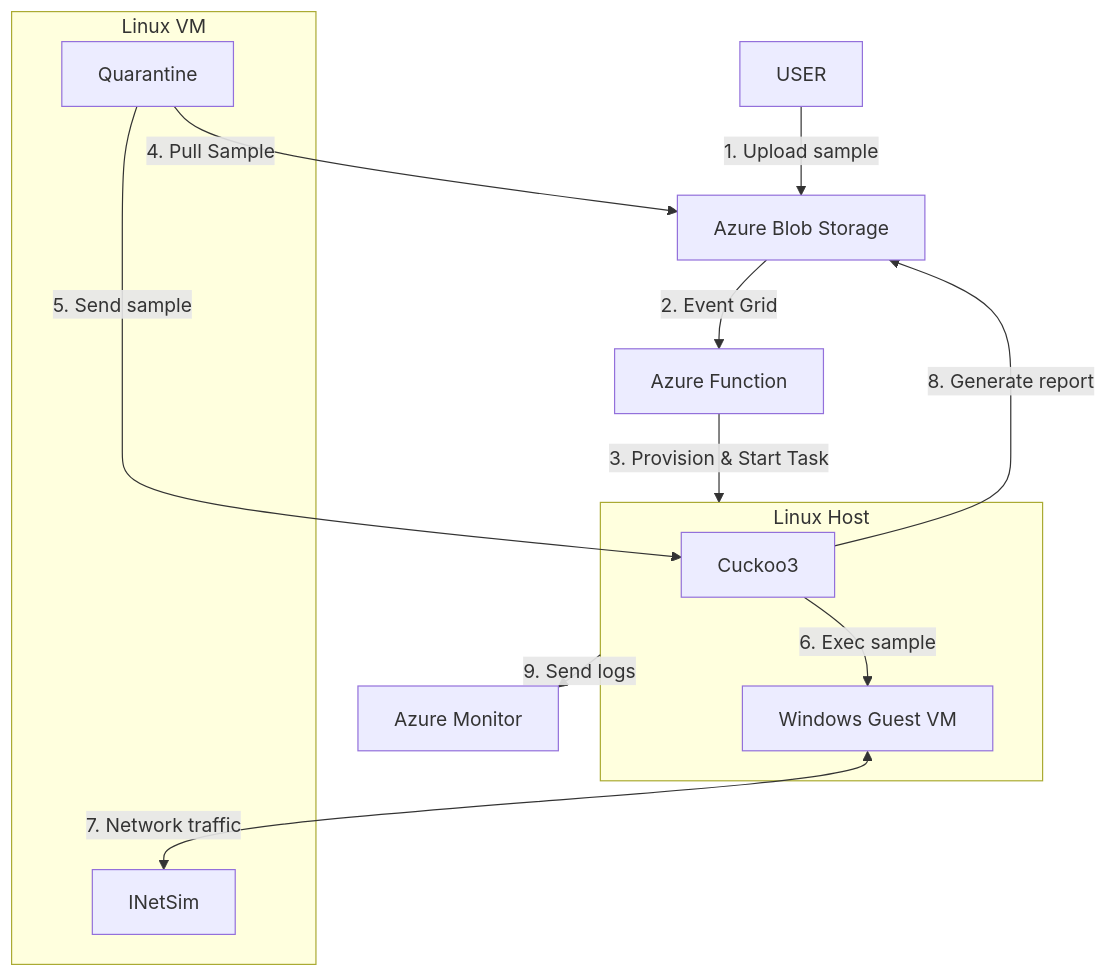
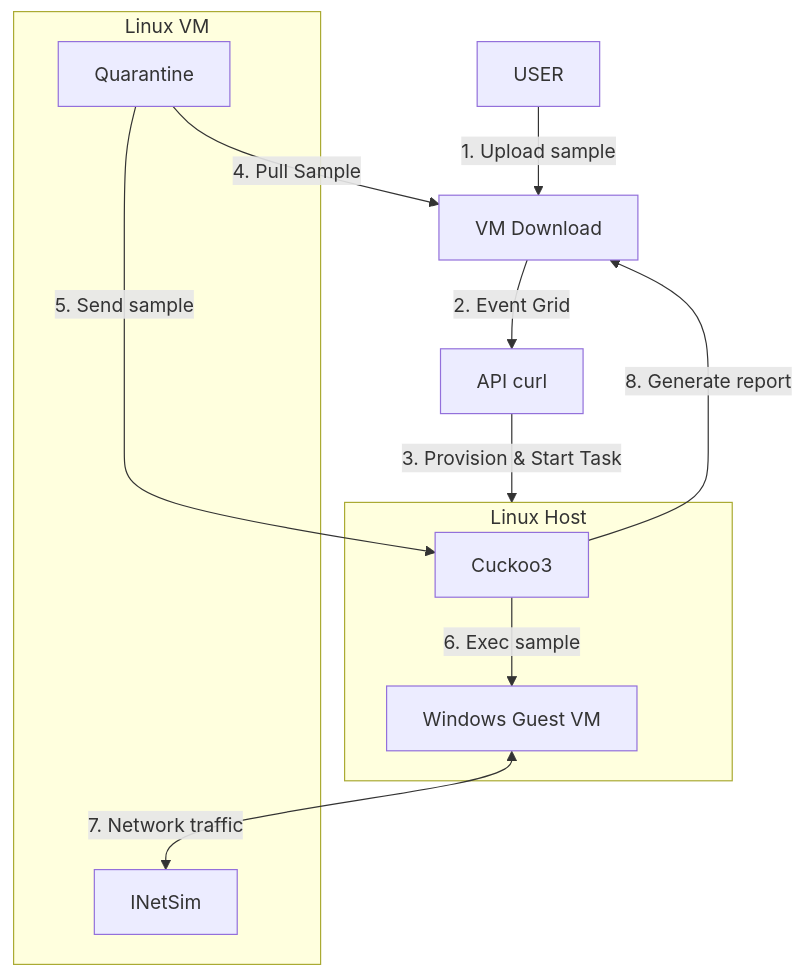
The first of 2 diagrams in README.md (na-teag/PFE), drawn with Mermaid before and after one commit.

Commit message:
Update flowchart to remove azure

````diff
--- a/README.md
+++ b/README.md
@@ -5,23 +5,22 @@
 ```mermaid
 flowchart TB
-    USER -->|1. Upload sample| BLOB[Azure Blob Storage]
-    BLOB -->|2. Event Grid| FUNC[Azure Function]
+    USER -->|1. Upload sample| BLOB[VM Download]
+    BLOB -->|2. Event Grid| FUNC[API curl]
 
         subgraph HOST[Linux Host]
             CUCKOO[Cuckoo3]
             WINVM[Windows Guest VM]
         end
         
         subgraph LINVM[Linux VM]
             QUARANTINE[Quarantine]
             INETSIM[INetSim]
         end
     FUNC -->|3. Provision & Start Task| HOST
     QUARANTINE -->|4. Pull Sample| BLOB
     QUARANTINE -->|5. Send sample| CUCKOO
     CUCKOO -->|6. Exec sample| WINVM
     WINVM <-->|7. Network traffic| INETSIM
     CUCKOO -->|8. Generate report| BLOB
-    HOST -->|9. Send logs| MONITOR[Azure Monitor]
 
 ```
````
